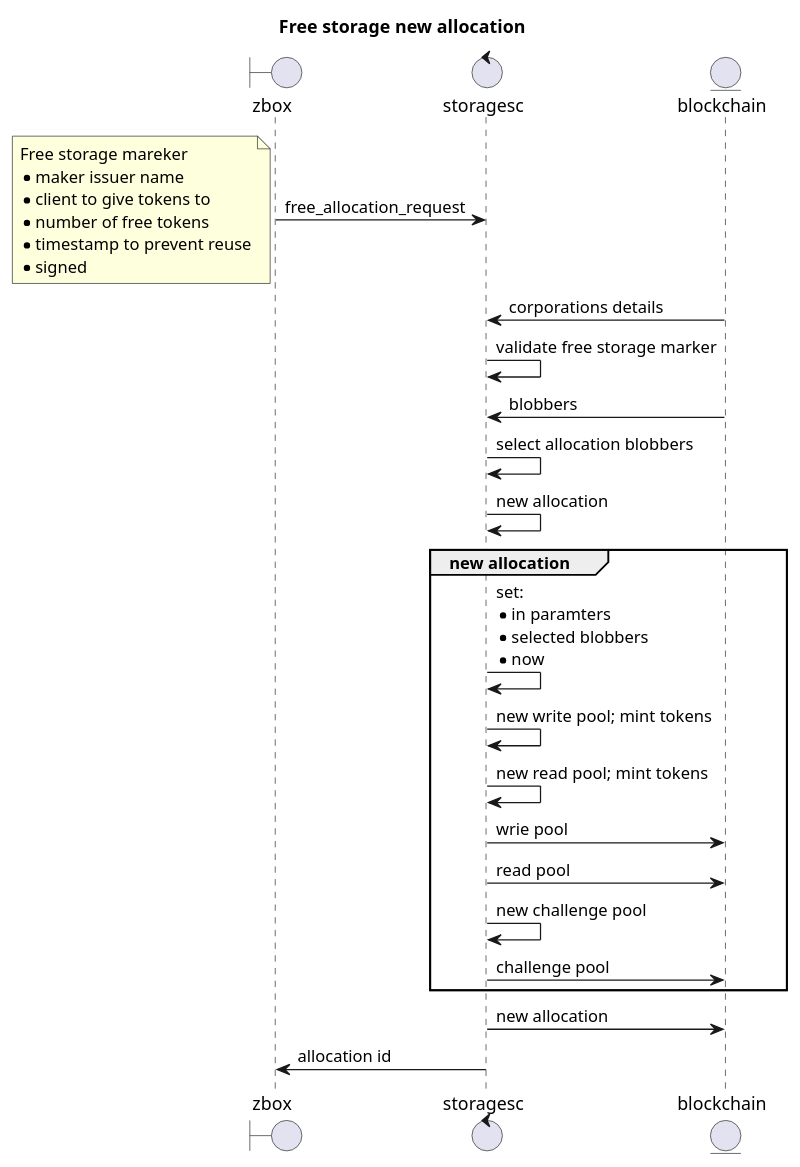
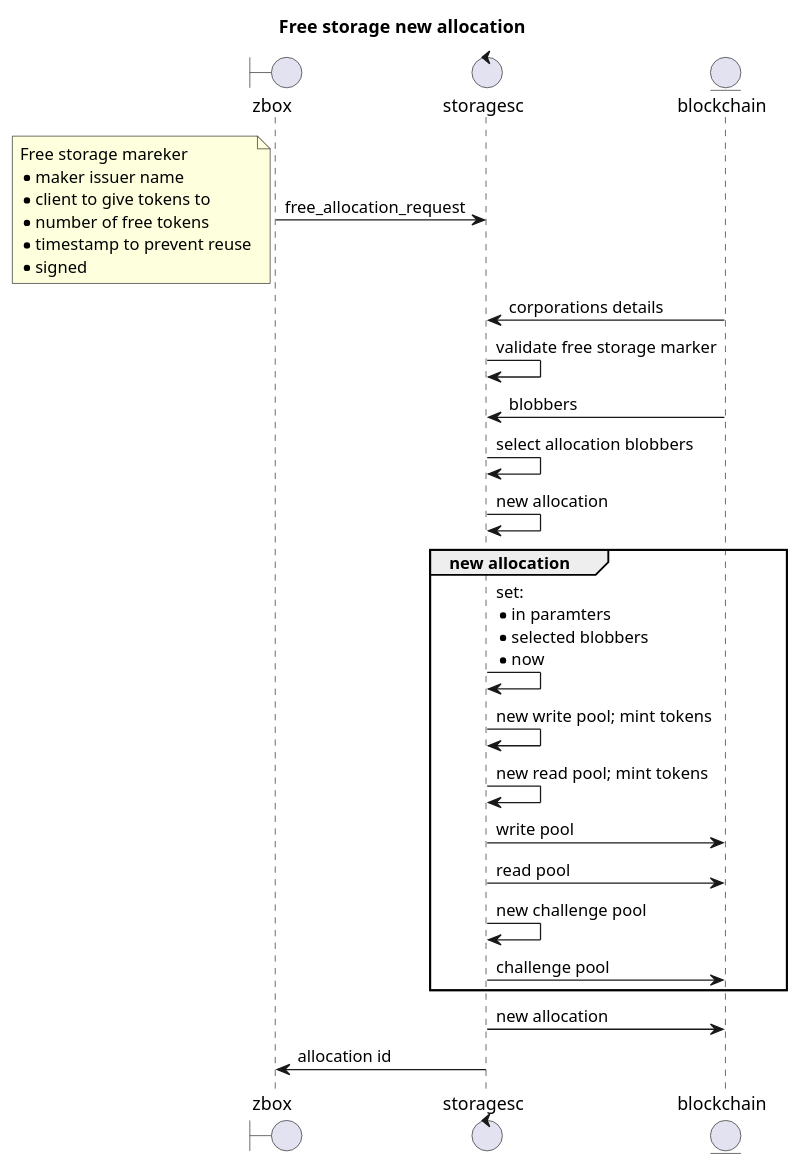
Diagram 22 of 32 in documents/uml.md (0chain/zboxcli), drawn with PlantUML before and after one commit. The commit also changed other lines of this file and 2 other files, not shown here.

````diff
--- a/documents/uml.md
+++ b/documents/uml.md
@@ -502,31 +502,31 @@
  ```puml
 title Free storage new allocation
 boundary zbox
 control storagesc
 entity blockchain
 zbox ->storagesc: free_allocation_request
 note left
     Free storage mareker
     * maker issuer name
     * client to give tokens to
     * number of free tokens     
     * timestamp to prevent reuse
     * signed
 end note       
    storagesc<- blockchain : corporations details
    storagesc->storagesc: validate free storage marker
    blockchain ->storagesc: blobbers
    storagesc->storagesc: select allocation blobbers
    storagesc->storagesc: new allocation
    group new allocation
        storagesc->storagesc: set:\n* in paramters\n* selected blobbers\n* now
        storagesc->storagesc: new write pool; mint tokens
        storagesc->storagesc: new read pool; mint tokens
-       storagesc-> blockchain : wrie pool
+       storagesc-> blockchain : write pool
        storagesc-> blockchain : read pool
        storagesc->storagesc: new challenge pool    
        storagesc-> blockchain : challenge pool    
    end
    storagesc-> blockchain : new allocation
 storagesc -> zbox : allocation id 
 ```
````
